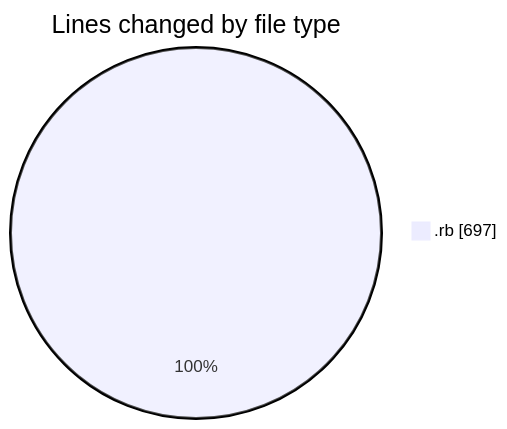
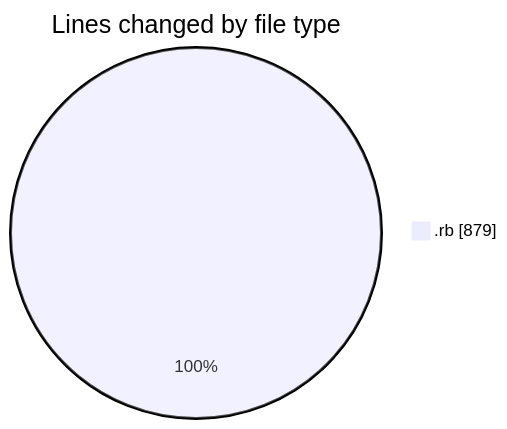
The first of 2 diagrams in 2025-06-18/app__container_registration-app__calm-app__/README.md (seballot/code-tracking), drawn with Mermaid before and after one commit. The commit also changed other lines of this file and 1 other file, not shown here.

````diff
--- a/2025-06-18/app__container_registration-app__calm-app__/README.md
+++ b/2025-06-18/app__container_registration-app__calm-app__/README.md
@@ -20,5 +21,5 @@
 ```mermaid
 pie showData
 title Lines changed by file type
-".rb" : 697
+".rb" : 879
 ```
````
